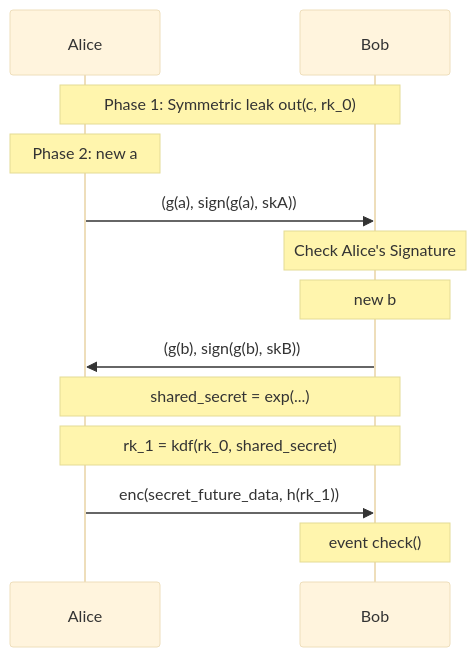
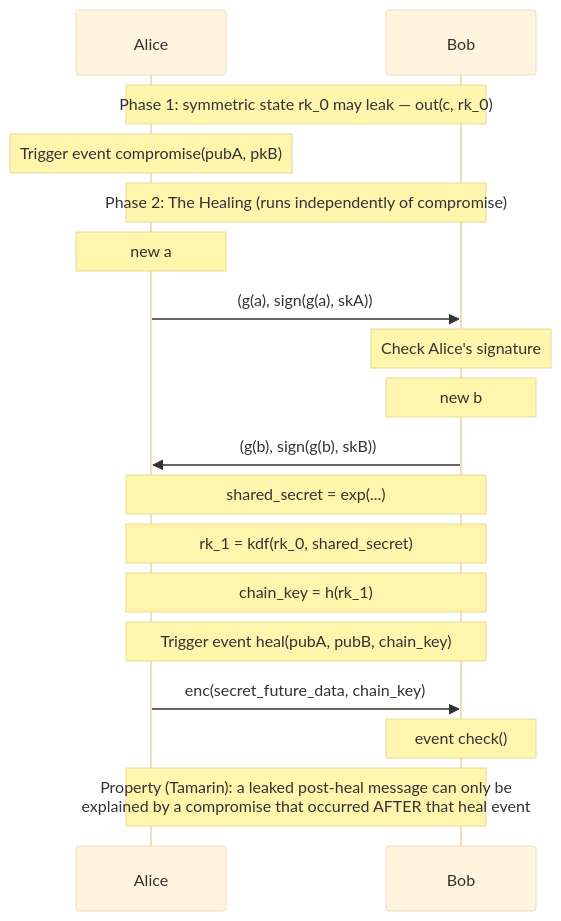
The diagram in SecurityProperties/Confidentiality/Post-compromiseSecurity/PostCompromiseSecurity.md (leonardtudorache/An-Executable-Taxonomy-of-Security-Properties-for-ProVerif-and-Tamarin), drawn with Mermaid (base theme) before and after one commit. The commit also changed 44 other files, not shown here.

````diff
--- a/SecurityProperties/Confidentiality/Post-compromiseSecurity/PostCompromiseSecurity.md
+++ b/SecurityProperties/Confidentiality/Post-compromiseSecurity/PostCompromiseSecurity.md
@@ -1,20 +1,26 @@
 ```mermaid
 sequenceDiagram
     participant A as Alice
     participant B as Bob
 
-    Note over A, B: Phase 1: Symmetric leak out(c, rk_0)
+    Note over A, B: Phase 1: symmetric state rk_0 may leak — out(c, rk_0)
+    Note over A: Trigger event compromise(pubA, pkB)
 
-    Note over A: Phase 2: new a
+    Note over A, B: Phase 2: The Healing (runs independently of compromise)
+    Note over A: new a
     A->>B: (g(a), sign(g(a), skA))
 
-    Note over B: Check Alice's Signature
+    Note over B: Check Alice's signature
     Note over B: new b
     B->>A: (g(b), sign(g(b), skB))
 
     Note over A, B: shared_secret = exp(...)
     Note over A, B: rk_1 = kdf(rk_0, shared_secret)
+    Note over A, B: chain_key = h(rk_1)
+    Note over A, B: Trigger event heal(pubA, pubB, chain_key)
 
-    A->>B: enc(secret_future_data, h(rk_1))
+    A->>B: enc(secret_future_data, chain_key)
     Note over B: event check()
+
+    Note over A, B: Property (Tamarin): a leaked post-heal message can only be<br/>explained by a compromise that occurred AFTER that heal event
 ```
````
